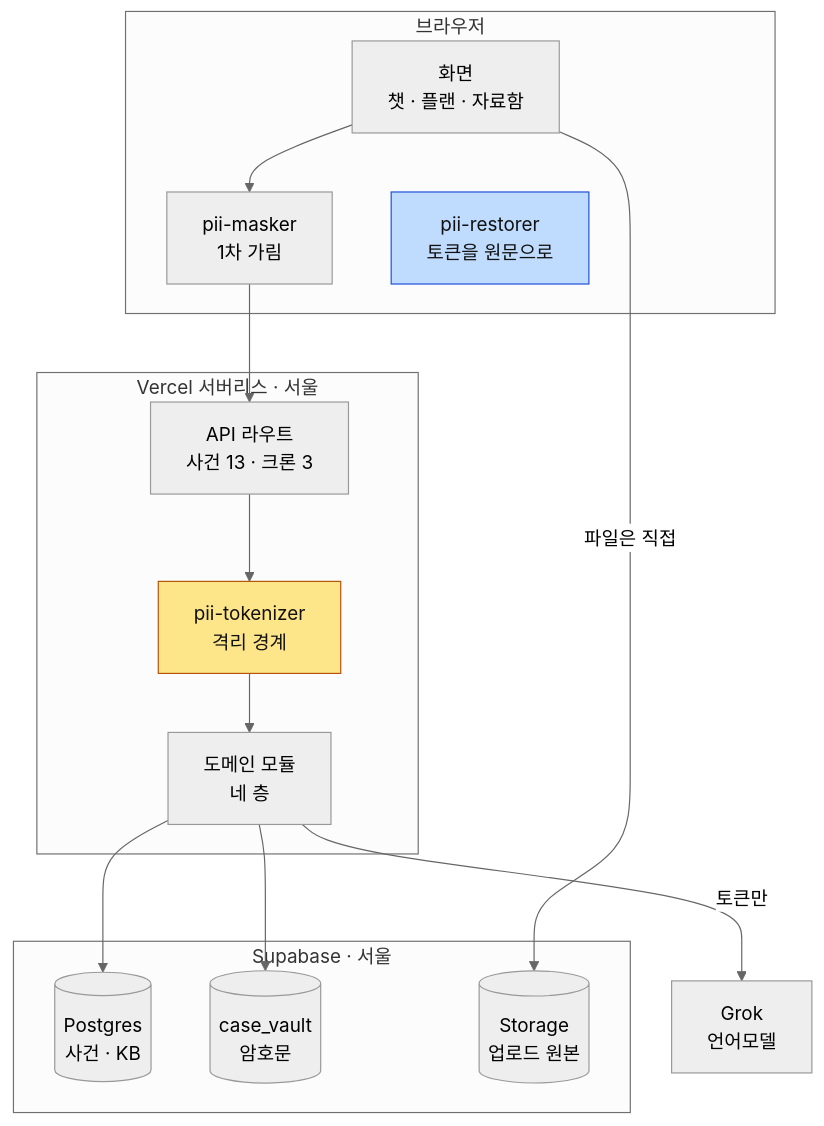
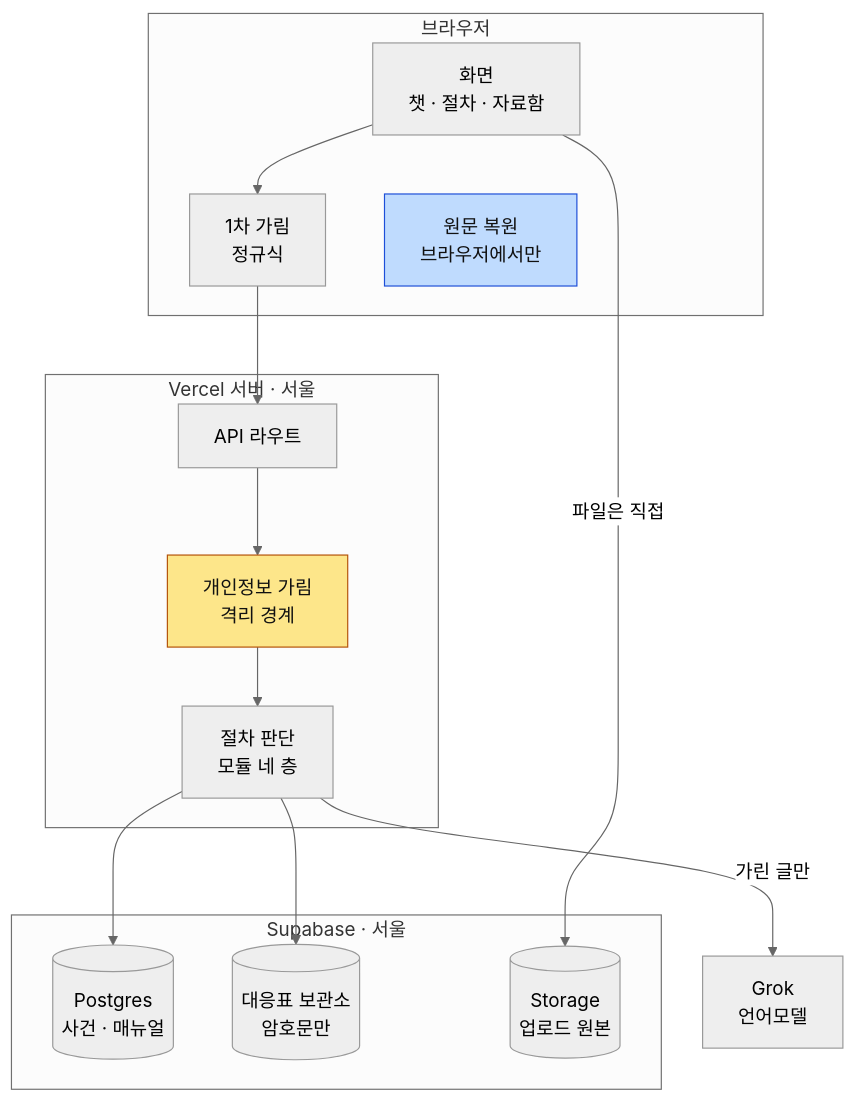
The first of 10 diagrams in ARCHITECTURE.md (Dojaegyum/fsec-ai-challenge), drawn with Mermaid (neutral theme) before and after one commit. The commit also changed other lines of this file, not shown here.

First line of the commit message:
ARCHITECTURE.md 그림에서 코드 이름을 빼고 하는 일을 한글로 적는다 — 상자 한 줄은 한글 10자·영문 10자 안으로, 모듈 이름은 그림 아래 표로, 머리말·「이 문서의 자리」·설명조 문장은 없앤다

````diff
--- a/ARCHITECTURE.md
+++ b/ARCHITECTURE.md
@@ -29,28 +7,28 @@
 ```mermaid
 flowchart TB
     subgraph B["브라우저"]
-        UI["화면<br/>챗 · 플랜 · 자료함"] --> MASK["pii-masker<br/>1차 가림"]
-        REST["pii-restorer<br/>토큰을 원문으로"]
+        UI["화면<br/>챗 · 절차 · 자료함"] --> MASK["1차 가림<br/>정규식"]
+        REST["원문 복원<br/>브라우저에서만"]
     end
 
-    subgraph V["Vercel 서버리스 · 서울"]
-        API["API 라우트<br/>사건 13 · 크론 3"] --> TOK["pii-tokenizer<br/>격리 경계"] --> CORE["도메인 모듈<br/>네 층"]
+    subgraph V["Vercel 서버 · 서울"]
+        API["API 라우트"] --> TOK["개인정보 가림<br/>격리 경계"] --> CORE["절차 판단<br/>모듈 네 층"]
     end
 
     subgraph D["Supabase · 서울"]
-        PG[("Postgres<br/>사건 · KB")]
-        KV[("case_vault<br/>암호문")]
+        PG[("Postgres<br/>사건 · 매뉴얼")]
+        KV[("대응표 보관소<br/>암호문만")]
         BLOB[("Storage<br/>업로드 원본")]
     end
 
     GROK["Grok<br/>언어모델"]
 
     MASK --> API
     UI -- "파일은 직접" --> BLOB
     CORE --> PG
     CORE --> KV
-    CORE -- "토큰만" --> GROK
+    CORE -- "가린 글만" --> GROK
 
     style TOK fill:#fde68a,stroke:#b45309,color:#111
     style REST fill:#bfdbfe,stroke:#1d4ed8,color:#111
 ```
````
